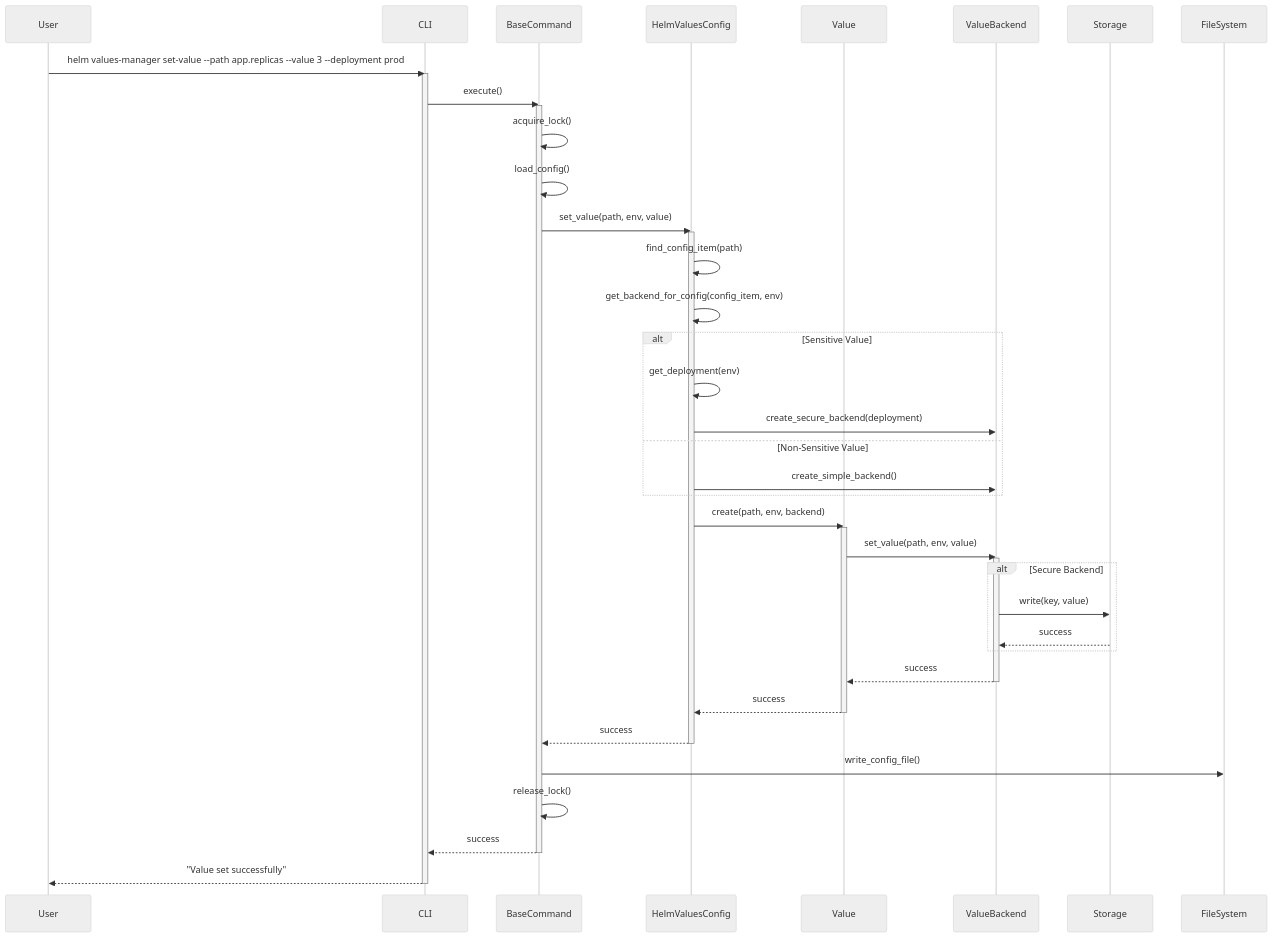
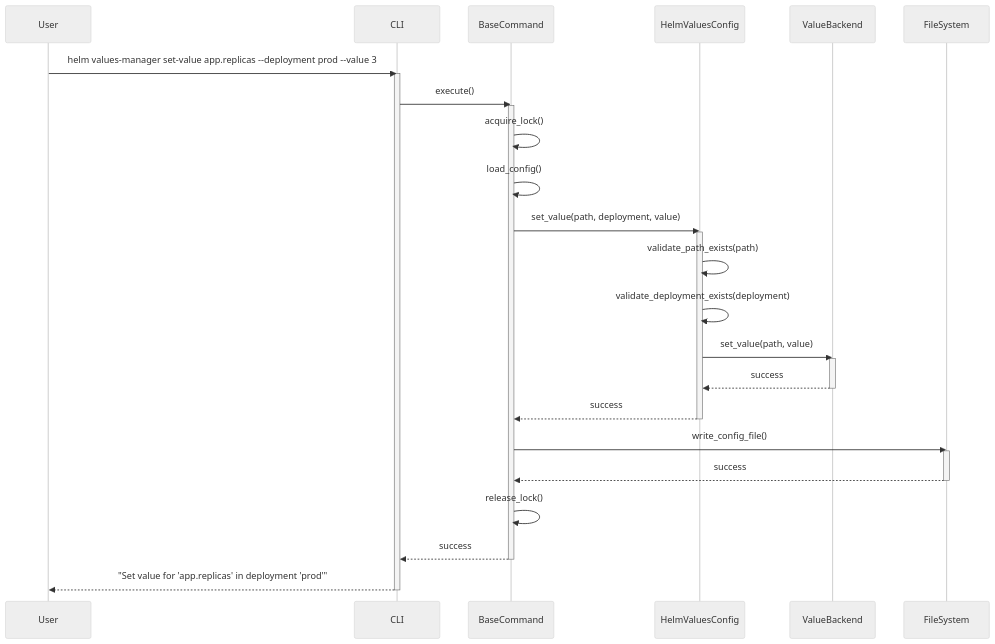
Before and after one commit to Zipstack/helm-values-manager: the seventh of 15 diagrams in docs/Design/sequence-diagrams.md, drawn with Mermaid (neutral theme). The commit also changed other lines of this file and 5 other files, not shown here.

````diff
--- a/docs/Design/sequence-diagrams.md
+++ b/docs/Design/sequence-diagrams.md
@@ -212,57 +240,41 @@
 ```mermaid
 sequenceDiagram
     participant User
     participant CLI
     participant BaseCommand
     participant HelmValuesConfig
-    participant Value
     participant ValueBackend
-    participant Storage
 
-    User->>CLI: helm values-manager set-value --path app.replicas --value 3 --deployment prod
+    User->>CLI: helm values-manager set-value app.replicas --deployment prod --value 3
     activate CLI
 
     CLI->>BaseCommand: execute()
     activate BaseCommand
 
     BaseCommand->>BaseCommand: acquire_lock()
     BaseCommand->>BaseCommand: load_config()
-    BaseCommand->>HelmValuesConfig: set_value(path, env, value)
+    BaseCommand->>HelmValuesConfig: set_value(path, deployment, value)
     activate HelmValuesConfig
 
-    HelmValuesConfig->>HelmValuesConfig: find_config_item(path)
-    HelmValuesConfig->>HelmValuesConfig: get_backend_for_config(config_item, env)
-
-    alt Sensitive Value
-        HelmValuesConfig->>HelmValuesConfig: get_deployment(env)
-        HelmValuesConfig->>ValueBackend: create_secure_backend(deployment)
-    else Non-Sensitive Value
-        HelmValuesConfig->>ValueBackend: create_simple_backend()
-    end
-
-    HelmValuesConfig->>Value: create(path, env, backend)
-    activate Value
-    Value->>ValueBackend: set_value(path, env, value)
+    HelmValuesConfig->>HelmValuesConfig: validate_path_exists(path)
+    HelmValuesConfig->>HelmValuesConfig: validate_deployment_exists(deployment)
+    HelmValuesConfig->>ValueBackend: set_value(path, value)
     activate ValueBackend
-
-    alt Secure Backend
-        ValueBackend->>Storage: write(key, value)
-        Storage-->>ValueBackend: success
-    end
-
-    ValueBackend-->>Value: success
+    ValueBackend-->>HelmValuesConfig: success
     deactivate ValueBackend
-    Value-->>HelmValuesConfig: success
-    deactivate Value
 
     HelmValuesConfig-->>BaseCommand: success
     deactivate HelmValuesConfig
 
     BaseCommand->>FileSystem: write_config_file()
+    activate FileSystem
+    FileSystem-->>BaseCommand: success
+    deactivate FileSystem
+
     BaseCommand->>BaseCommand: release_lock()
     BaseCommand-->>CLI: success
     deactivate BaseCommand
 
-    CLI-->>User: "Value set successfully"
+    CLI-->>User: "Set value for 'app.replicas' in deployment 'prod'"
     deactivate CLI
 ```
````
